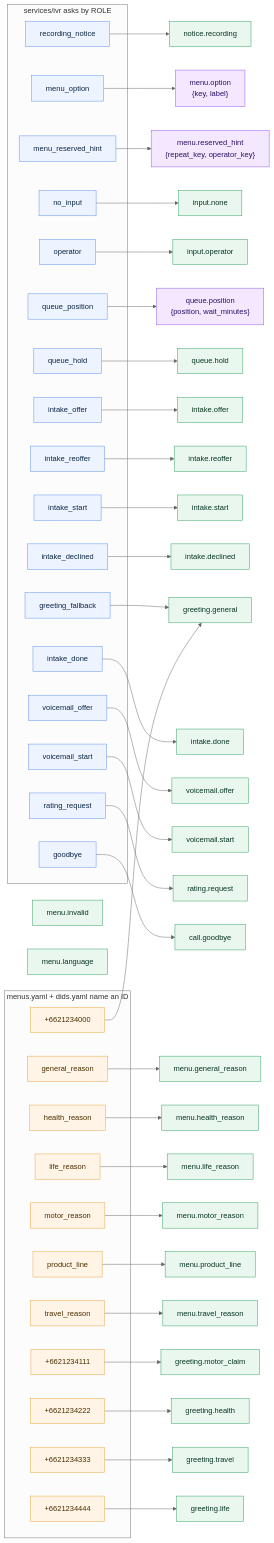
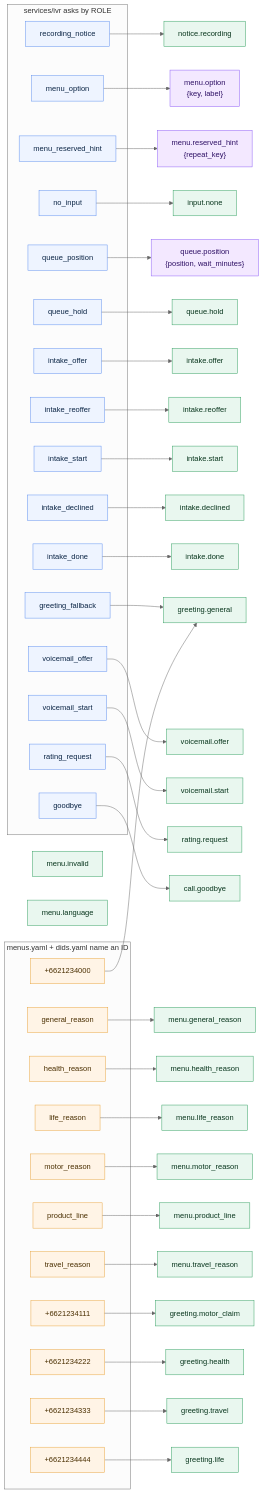
One commit to anakom-suvonvorn/Krungsri-ReadyCall changed the diagram in docs/diagrams/src/voice_prompts.mmd. Above: the diagram before and after it, drawn with Mermaid (neutral theme). The commit also changed 45 other files, not shown here.

```diff
--- a/docs/diagrams/src/voice_prompts.mmd
+++ b/docs/diagrams/src/voice_prompts.mmd
@@ -1,100 +1,97 @@
 %% GENERATED by scripts/gen_diagrams.py - do not edit by hand.
 %% Source of truth: config/voice_prompts.yaml + config/menus.yaml + config/dids.yaml
 flowchart LR
     subgraph flow["services/ivr asks by ROLE"]
         role_greeting_fallback["greeting_fallback"]:::role
         role_recording_notice["recording_notice"]:::role
         role_menu_option["menu_option"]:::role
         role_menu_reserved_hint["menu_reserved_hint"]:::role
         role_no_input["no_input"]:::role
-        role_operator["operator"]:::role
         role_queue_position["queue_position"]:::role
         role_queue_hold["queue_hold"]:::role
         role_intake_offer["intake_offer"]:::role
         role_intake_reoffer["intake_reoffer"]:::role
         role_intake_start["intake_start"]:::role
         role_intake_declined["intake_declined"]:::role
         role_intake_done["intake_done"]:::role
         role_voicemail_offer["voicemail_offer"]:::role
         role_voicemail_start["voicemail_start"]:::role
         role_rating_request["rating_request"]:::role
         role_goodbye["goodbye"]:::role
     end
     subgraph cfg["menus.yaml + dids.yaml name an ID"]
         menu_general_reason["general_reason"]:::cfg
         menu_health_reason["health_reason"]:::cfg
         menu_life_reason["life_reason"]:::cfg
         menu_motor_reason["motor_reason"]:::cfg
         menu_product_line["product_line"]:::cfg
         menu_travel_reason["travel_reason"]:::cfg
         did_p6621234000["+6621234000"]:::cfg
         did_p6621234111["+6621234111"]:::cfg
         did_p6621234222["+6621234222"]:::cfg
         did_p6621234333["+6621234333"]:::cfg
         did_p6621234444["+6621234444"]:::cfg
     end
     p_call_goodbye["call.goodbye"]:::static
     p_greeting_general["greeting.general"]:::static
     p_greeting_health["greeting.health"]:::static
     p_greeting_life["greeting.life"]:::static
     p_greeting_motor_claim["greeting.motor_claim"]:::static
     p_greeting_travel["greeting.travel"]:::static
     p_input_none["input.none"]:::static
-    p_input_operator["input.operator"]:::static
     p_intake_declined["intake.declined"]:::static
     p_intake_done["intake.done"]:::static
     p_intake_offer["intake.offer"]:::static
     p_intake_reoffer["intake.reoffer"]:::static
     p_intake_start["intake.start"]:::static
     p_menu_general_reason["menu.general_reason"]:::static
     p_menu_health_reason["menu.health_reason"]:::static
     p_menu_invalid["menu.invalid"]:::static
     p_menu_language["menu.language"]:::static
     p_menu_life_reason["menu.life_reason"]:::static
     p_menu_motor_reason["menu.motor_reason"]:::static
     p_menu_option["menu.option
 {key, label}"]:::dyn
     p_menu_product_line["menu.product_line"]:::static
     p_menu_reserved_hint["menu.reserved_hint
-{repeat_key, operator_key}"]:::dyn
+{repeat_key}"]:::dyn
     p_menu_travel_reason["menu.travel_reason"]:::static
     p_notice_recording["notice.recording"]:::static
     p_queue_hold["queue.hold"]:::static
     p_queue_position["queue.position
 {position, wait_minutes}"]:::dyn
     p_rating_request["rating.request"]:::static
     p_voicemail_offer["voicemail.offer"]:::static
     p_voicemail_start["voicemail.start"]:::static
     role_goodbye --> p_call_goodbye
     role_greeting_fallback --> p_greeting_general
     role_intake_declined --> p_intake_declined
     role_intake_done --> p_intake_done
     role_intake_offer --> p_intake_offer
     role_intake_reoffer --> p_intake_reoffer
     role_intake_start --> p_intake_start
     role_menu_option --> p_menu_option
     role_menu_reserved_hint --> p_menu_reserved_hint
     role_no_input --> p_input_none
-    role_operator --> p_input_operator
     role_queue_hold --> p_queue_hold
     role_queue_position --> p_queue_position
     role_rating_request --> p_rating_request
     role_recording_notice --> p_notice_recording
     role_voicemail_offer --> p_voicemail_offer
     role_voicemail_start --> p_voicemail_start
     menu_general_reason --> p_menu_general_reason
     menu_health_reason --> p_menu_health_reason
     menu_life_reason --> p_menu_life_reason
     menu_motor_reason --> p_menu_motor_reason
     menu_product_line --> p_menu_product_line
     menu_travel_reason --> p_menu_travel_reason
     did_p6621234000 --> p_greeting_general
     did_p6621234111 --> p_greeting_motor_claim
     did_p6621234222 --> p_greeting_health
     did_p6621234333 --> p_greeting_travel
     did_p6621234444 --> p_greeting_life
     classDef role fill:#eef4ff,stroke:#5b8def,color:#0b2545
     classDef cfg fill:#fff4e6,stroke:#e8a33d,color:#4a2f00
     classDef static fill:#e9f7ef,stroke:#2f9e5f,color:#08361d
     classDef dyn fill:#f3e8ff,stroke:#8b5cf6,color:#2e1065
     classDef orphan fill:#ffe4e6,stroke:#e11d48,color:#4c0519
```
